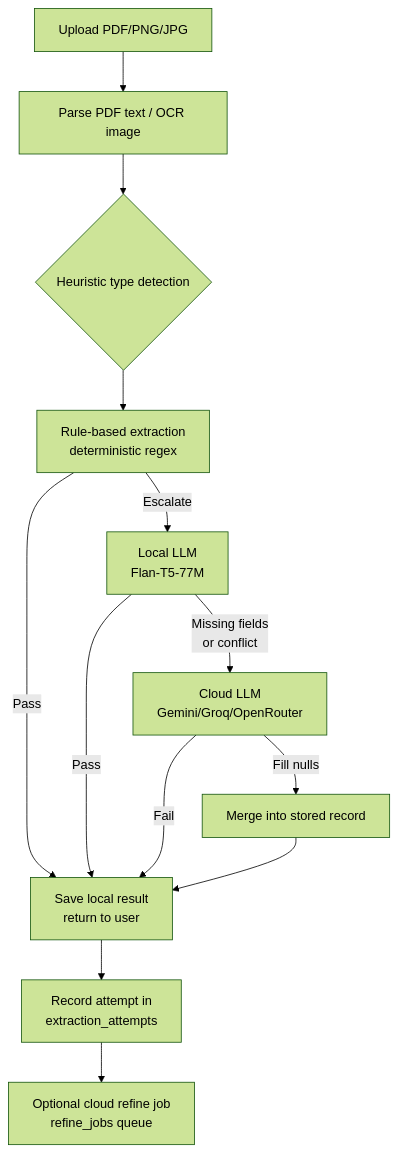
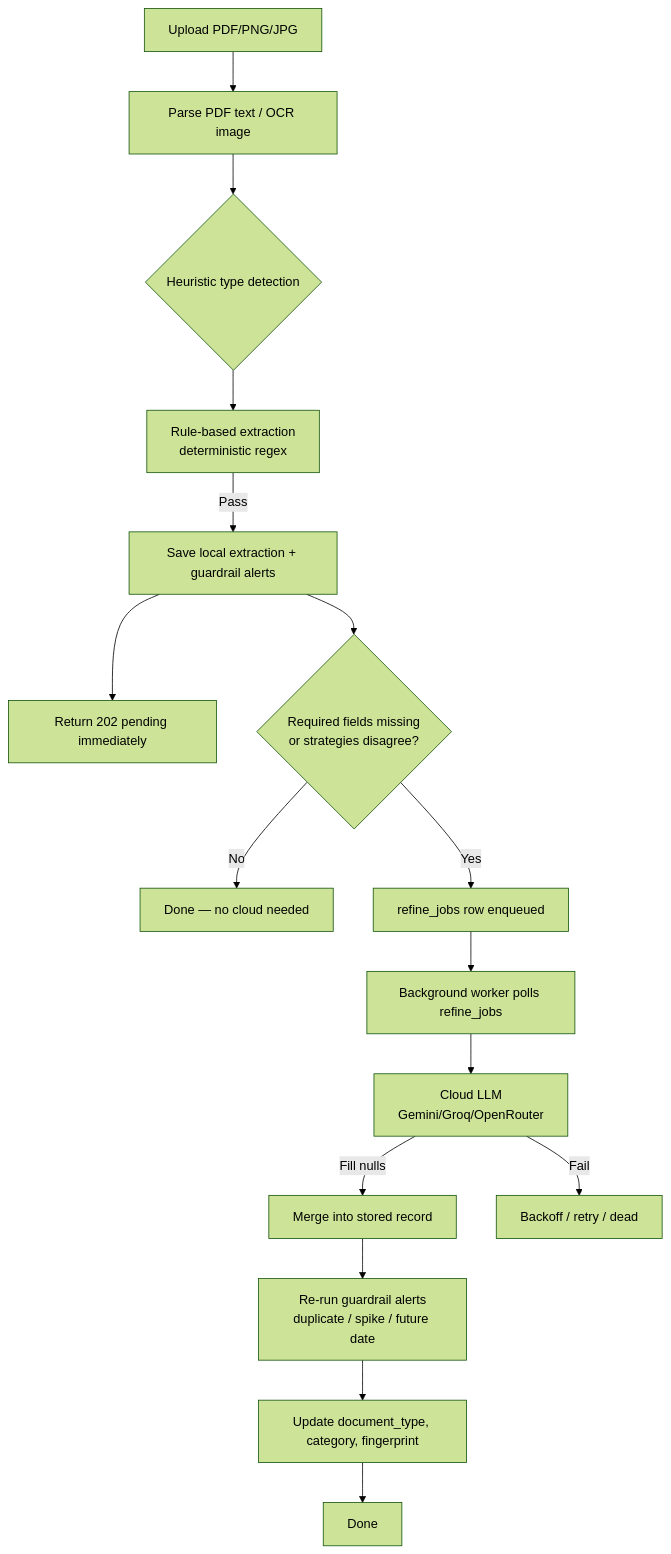
One commit to GouthamKarthick/ParseTrail changed the diagram in docs/ARCHITECTURE.md. Above: the diagram before and after it, drawn with Mermaid (forest theme). The commit also changed other lines of this file and 27 other files, not shown here.

Commit message:
feat: guardrail alerts, pipeline metrics, review-count alignment

````diff
--- a/docs/ARCHITECTURE.md
+++ b/docs/ARCHITECTURE.md
@@ -9,15 +9,18 @@
 ```mermaid
 flowchart TD
     A[Upload PDF/PNG/JPG] --> B[Parse PDF text / OCR image]
     B --> C{Heuristic type detection}
     C --> D[Rule-based extraction<br/>deterministic regex]
-    D -->|Pass| E[Save local result<br/>return to user]
-    D -->|Escalate| F[Local LLM<br/>Flan-T5-77M]
-    F -->|Pass| E
-    F -->|Missing fields<br/>or conflict| G[Cloud LLM<br/>Gemini/Groq/OpenRouter]
-    G -->|Fill nulls| H[Merge into stored record]
-    G -->|Fail| E
-    H --> E
-    E --> I[Record attempt in<br/>extraction_attempts]
-    I --> J[Optional cloud refine job<br/>refine_jobs queue]
+    D -->|Pass| E[Save local extraction + guardrail alerts]
+    E --> F[Return 202 pending immediately]
+    E --> G{Required fields missing<br/>or strategies disagree?}
+    G -->|No| H[Done — no cloud needed]
+    G -->|Yes| I[refine_jobs row enqueued]
+    I --> J[Background worker polls refine_jobs]
+    J --> K[Cloud LLM<br/>Gemini/Groq/OpenRouter]
+    K -->|Fill nulls| L[Merge into stored record]
+    K -->|Fail| M[Backoff / retry / dead]
+    L --> N[Re-run guardrail alerts<br/>duplicate / spike / future date]
+    N --> O[Update document_type, category, fingerprint]
+    O --> P[Done]
 ```
````
